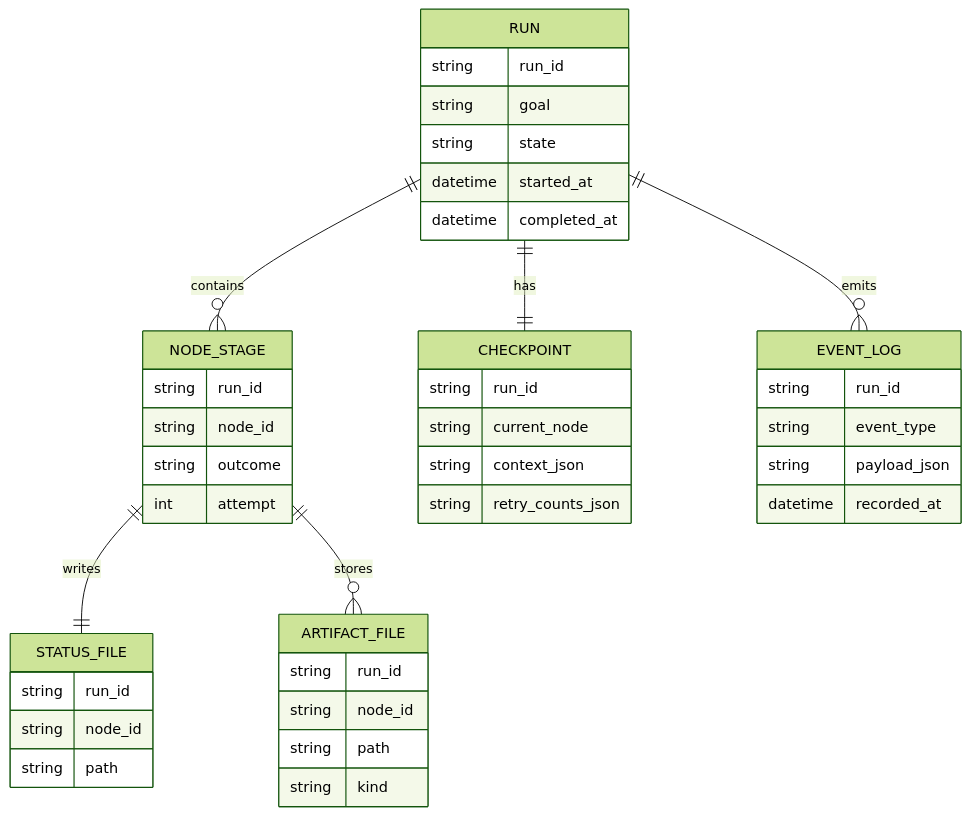
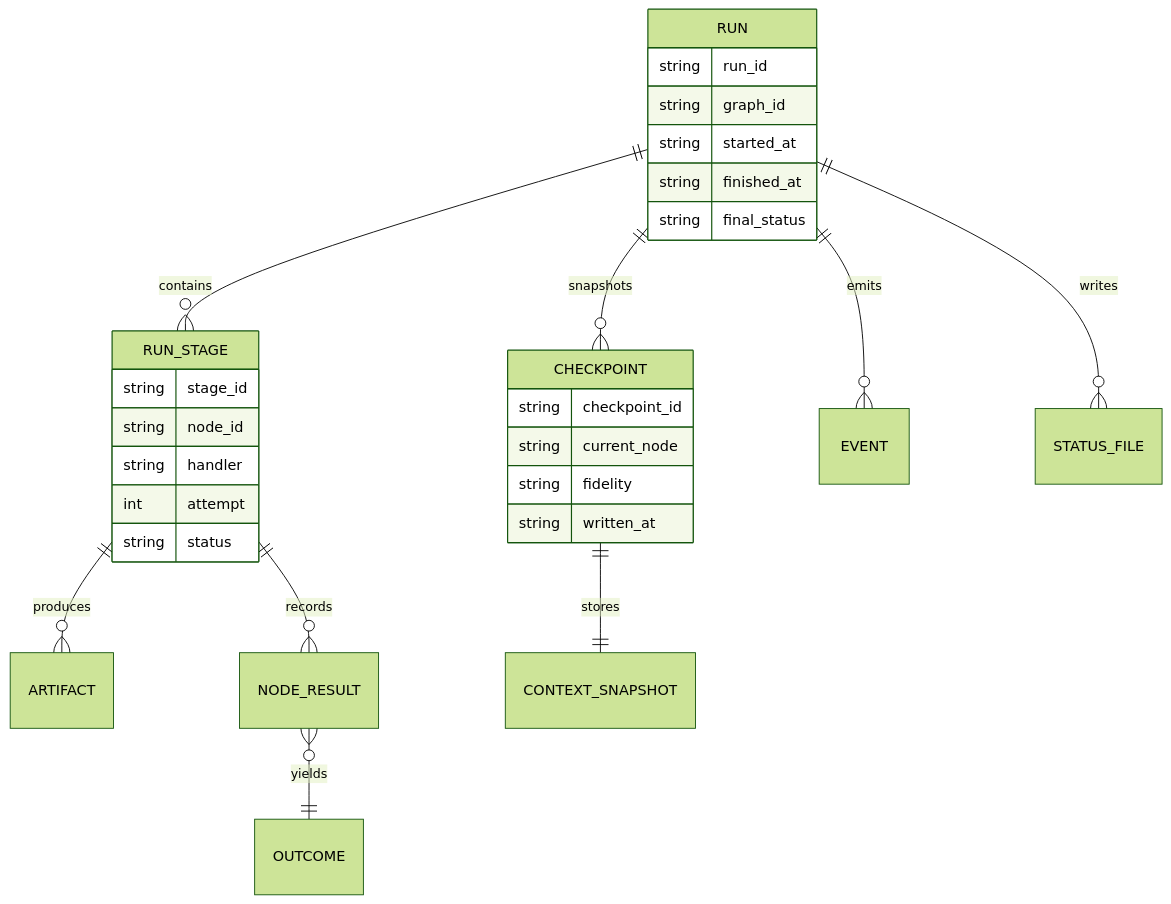
The second of 5 diagrams in docs/sprints/SPRINT-001-comprehensive-implementation-plan.md (jaytaylor/attractor-php), drawn with Mermaid (forest theme) before and after one commit. The commit also changed other lines of this file, not shown here.

````diff
--- a/docs/sprints/SPRINT-001-comprehensive-implementation-plan.md
+++ b/docs/sprints/SPRINT-001-comprehensive-implementation-plan.md
@@ -528,50 +627,34 @@
 ```mermaid
 erDiagram
-    RUN ||--o{ NODE_STAGE : contains
-    RUN ||--|| CHECKPOINT : has
-    RUN ||--o{ EVENT_LOG : emits
-    NODE_STAGE ||--|| STATUS_FILE : writes
-    NODE_STAGE ||--o{ ARTIFACT_FILE : stores
+    RUN ||--o{ RUN_STAGE : contains
+    RUN ||--o{ CHECKPOINT : snapshots
+    RUN ||--o{ EVENT : emits
+    RUN ||--o{ STATUS_FILE : writes
+    RUN_STAGE ||--o{ ARTIFACT : produces
+    RUN_STAGE ||--o{ NODE_RESULT : records
+    CHECKPOINT ||--|| CONTEXT_SNAPSHOT : stores
+    NODE_RESULT }o--|| OUTCOME : yields
 
     RUN {
       string run_id
-      string goal
-      string state
-      datetime started_at
-      datetime completed_at
+      string graph_id
+      string started_at
+      string finished_at
+      string final_status
     }
 
-    NODE_STAGE {
-      string run_id
+    RUN_STAGE {
+      string stage_id
       string node_id
-      string outcome
+      string handler
       int attempt
+      string status
     }
 
     CHECKPOINT {
-      string run_id
+      string checkpoint_id
       string current_node
-      string context_json
-      string retry_counts_json
-    }
-
-    STATUS_FILE {
-      string run_id
-      string node_id
-      string path
-    }
-
-    ARTIFACT_FILE {
-      string run_id
-      string node_id
-      string path
-      string kind
-    }
-
-    EVENT_LOG {
-      string run_id
-      string event_type
-      string payload_json
-      datetime recorded_at
+      string fidelity
+      string written_at
     }
 ```
````
